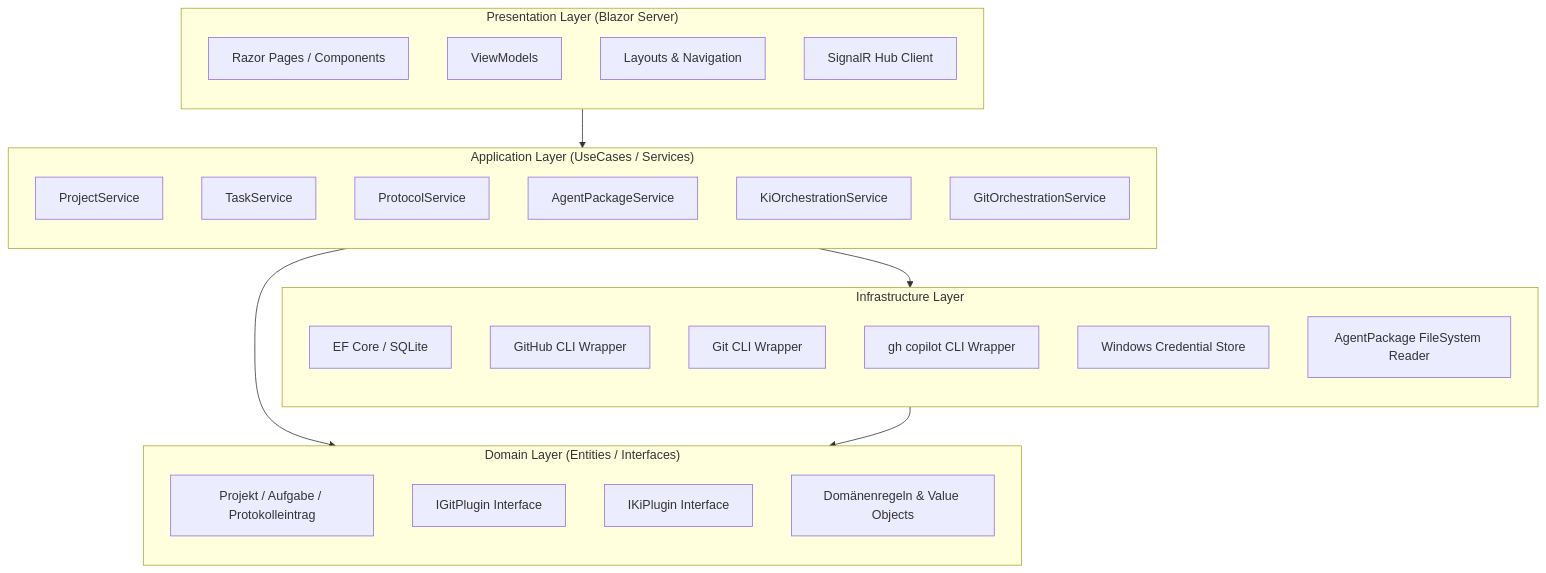
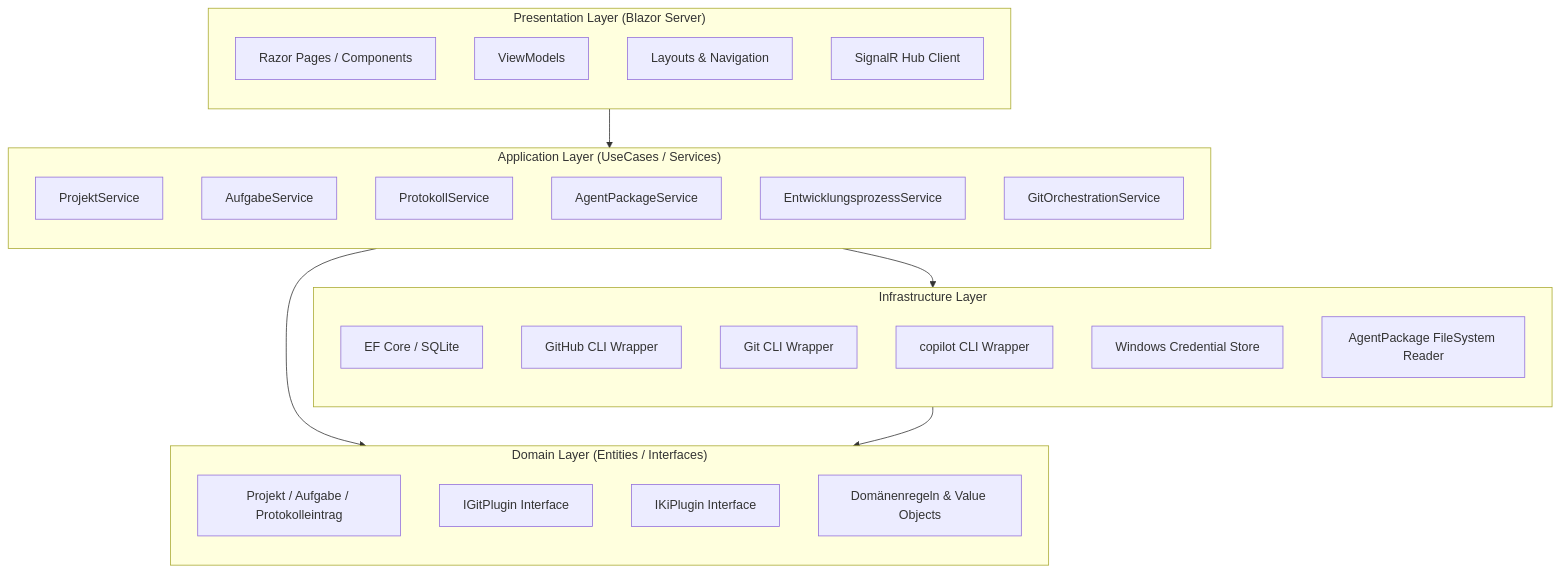
The first of 8 diagrams in docs/architecture/architecture-blueprint.md (martin-stromberg/Softwareschmiede), drawn with Mermaid before and after one commit. The commit also changed other lines of this file and 67 other files, not shown here.

````diff
--- a/docs/architecture/architecture-blueprint.md
+++ b/docs/architecture/architecture-blueprint.md
@@ -52,43 +52,43 @@
 ```mermaid
 graph TB
     subgraph Presentation["Presentation Layer (Blazor Server)"]
         direction TB
         PRL1[Razor Pages / Components]
         PRL2[ViewModels]
         PRL3[Layouts & Navigation]
         PRL4[SignalR Hub Client]
     end
 
     subgraph Application["Application Layer (UseCases / Services)"]
         direction TB
-        APL1[ProjectService]
-        APL2[TaskService]
-        APL3[ProtocolService]
+        APL1[ProjektService]
+        APL2[AufgabeService]
+        APL3[ProtokollService]
         APL4[AgentPackageService]
-        APL5[KiOrchestrationService]
+        APL5[EntwicklungsprozessService]
         APL6[GitOrchestrationService]
     end
 
     subgraph Domain["Domain Layer (Entities / Interfaces)"]
         direction TB
         DOL1[Projekt / Aufgabe / Protokolleintrag]
         DOL2[IGitPlugin Interface]
         DOL3[IKiPlugin Interface]
         DOL4[Domänenregeln & Value Objects]
     end
 
     subgraph Infrastructure["Infrastructure Layer"]
         direction TB
         INL1[EF Core / SQLite]
         INL2[GitHub CLI Wrapper]
         INL3[Git CLI Wrapper]
-        INL4[gh copilot CLI Wrapper]
+        INL4[copilot CLI Wrapper]
         INL5[Windows Credential Store]
         INL6[AgentPackage FileSystem Reader]
     end
 
     Presentation --> Application
     Application --> Domain
     Application --> Infrastructure
     Infrastructure --> Domain
 ```
````
